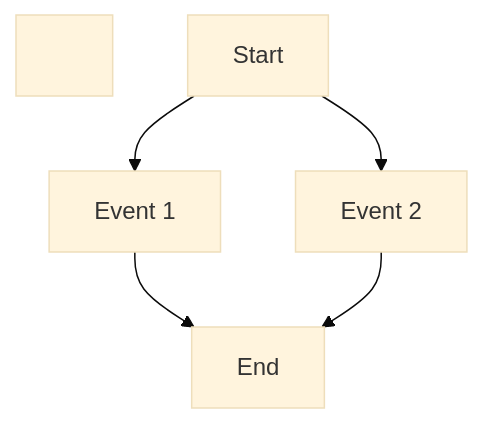
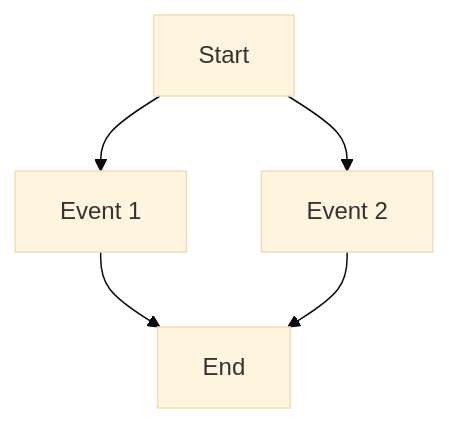
The diagram in README.md (LbsLundAW/DiceGame-Examples), drawn with Mermaid (base theme) before and after one commit. The commit also changed other lines of this file, not shown here.

````diff
--- a/README.md
+++ b/README.md
@@ -7,13 +3,8 @@
 ```mermaid
-
-graph TD;
-
-&nbsp;	A\[Start]-->B\[Event 1]
-
-&nbsp;	A\[Start]-->C\[Event 2]
-
-&nbsp;	B\[Event 1]-->D\[End]
-
-&nbsp;	C\[Event 2]-->D\[End]
+graph TD
+A[Start]-->B[Event 1]
+A[Start]-->C[Event 2]
+B[Event 1]-->D[End]
+C[Event 2]-->D[End]
 
 ```
````
